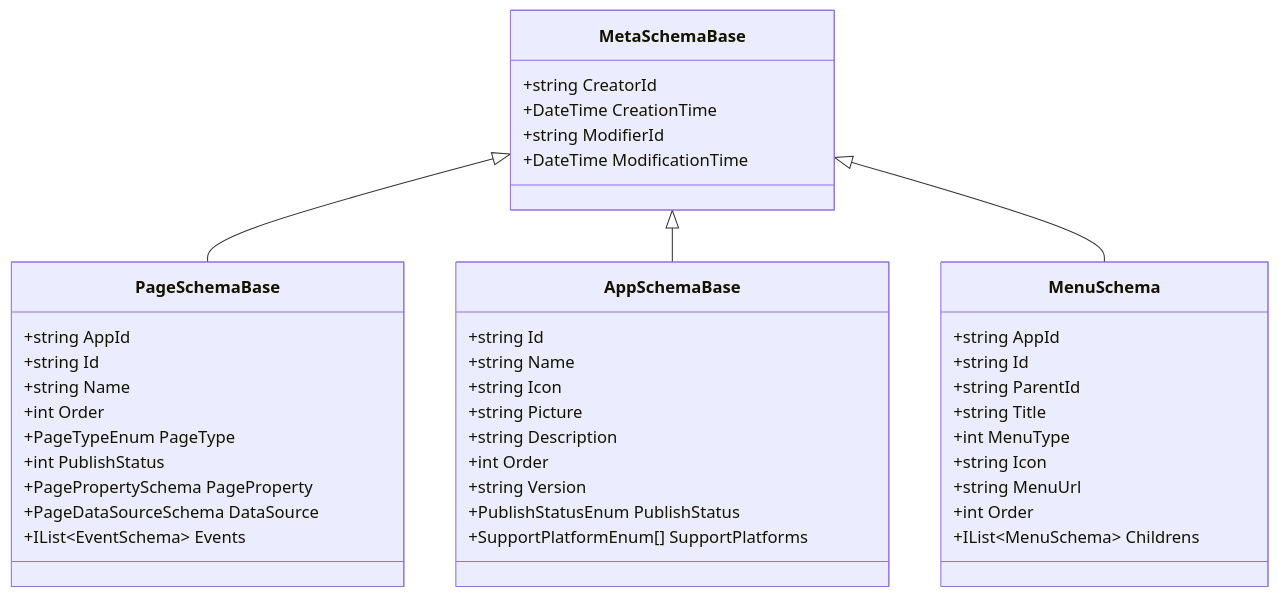
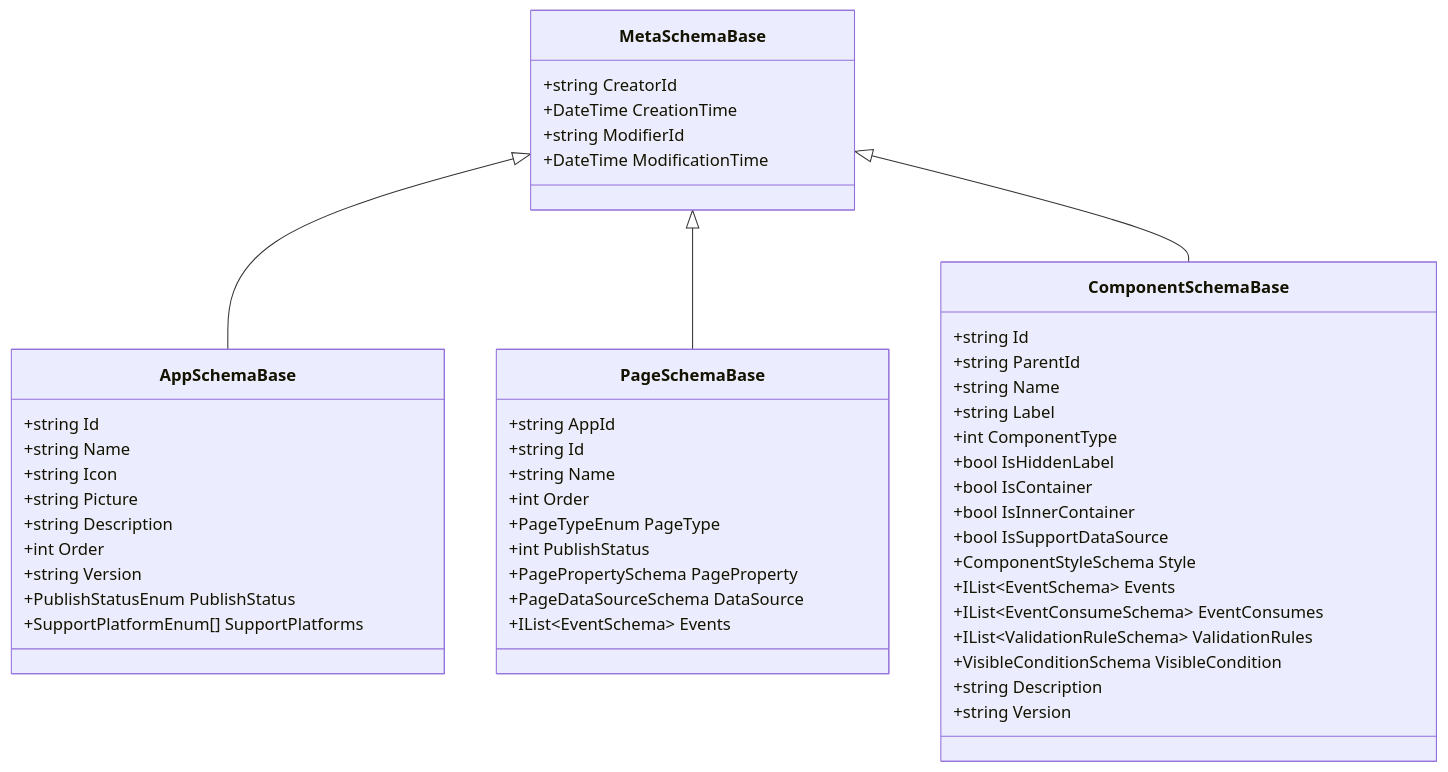
Before and after one commit to openlowcodelab/lowcode: the third of 10 diagrams in .qoder/repowiki/zh/content/低代码平台/低代码平台.md, drawn with Mermaid. The commit also changed other lines of this file and 223 other files, not shown here.

````diff
--- a/.qoder/repowiki/zh/content/低代码平台/低代码平台.md
+++ b/.qoder/repowiki/zh/content/低代码平台/低代码平台.md
@@ -125,49 +232,56 @@
 ```mermaid
 classDiagram
     class MetaSchemaBase {
         +string CreatorId
         +DateTime CreationTime
         +string ModifierId
         +DateTime ModificationTime
+    }
+
+    class AppSchemaBase {
+        +string Id
+        +string Name
+        +string Icon
+        +string Picture
+        +string Description
+        +int Order
+        +string Version
+        +PublishStatusEnum PublishStatus
+        +SupportPlatformEnum[] SupportPlatforms
     }
 
     class PageSchemaBase {
         +string AppId
         +string Id
         +string Name
         +int Order
         +PageTypeEnum PageType
         +int PublishStatus
         +PagePropertySchema PageProperty
         +PageDataSourceSchema DataSource
         +IList~EventSchema~ Events
     }
 
-    class AppSchemaBase {
+    class ComponentSchemaBase {
         +string Id
+        +string ParentId
         +string Name
-        +string Icon
-        +string Picture
+        +string Label
+        +int ComponentType
+        +bool IsHiddenLabel
+        +bool IsContainer
+        +bool IsInnerContainer
+        +bool IsSupportDataSource
+        +ComponentStyleSchema Style
+        +IList~EventSchema~ Events
+        +IList~EventConsumeSchema~ EventConsumes
+        +IList~ValidationRuleSchema~ ValidationRules
+        +VisibleConditionSchema VisibleCondition
         +string Description
-        +int Order
         +string Version
-        +PublishStatusEnum PublishStatus
-        +SupportPlatformEnum[] SupportPlatforms
     }
 
-    class MenuSchema {
-        +string AppId
-        +string Id
-        +string ParentId
-        +string Title
-        +int MenuType
-        +string Icon
-        +string MenuUrl
-        +int Order
-        +IList~MenuSchema~ Childrens
-    }
-
+    MetaSchemaBase <|-- AppSchemaBase
     MetaSchemaBase <|-- PageSchemaBase
-    MetaSchemaBase <|-- AppSchemaBase
-    MetaSchemaBase <|-- MenuSchema
+    MetaSchemaBase <|-- ComponentSchemaBase
 ```
````
